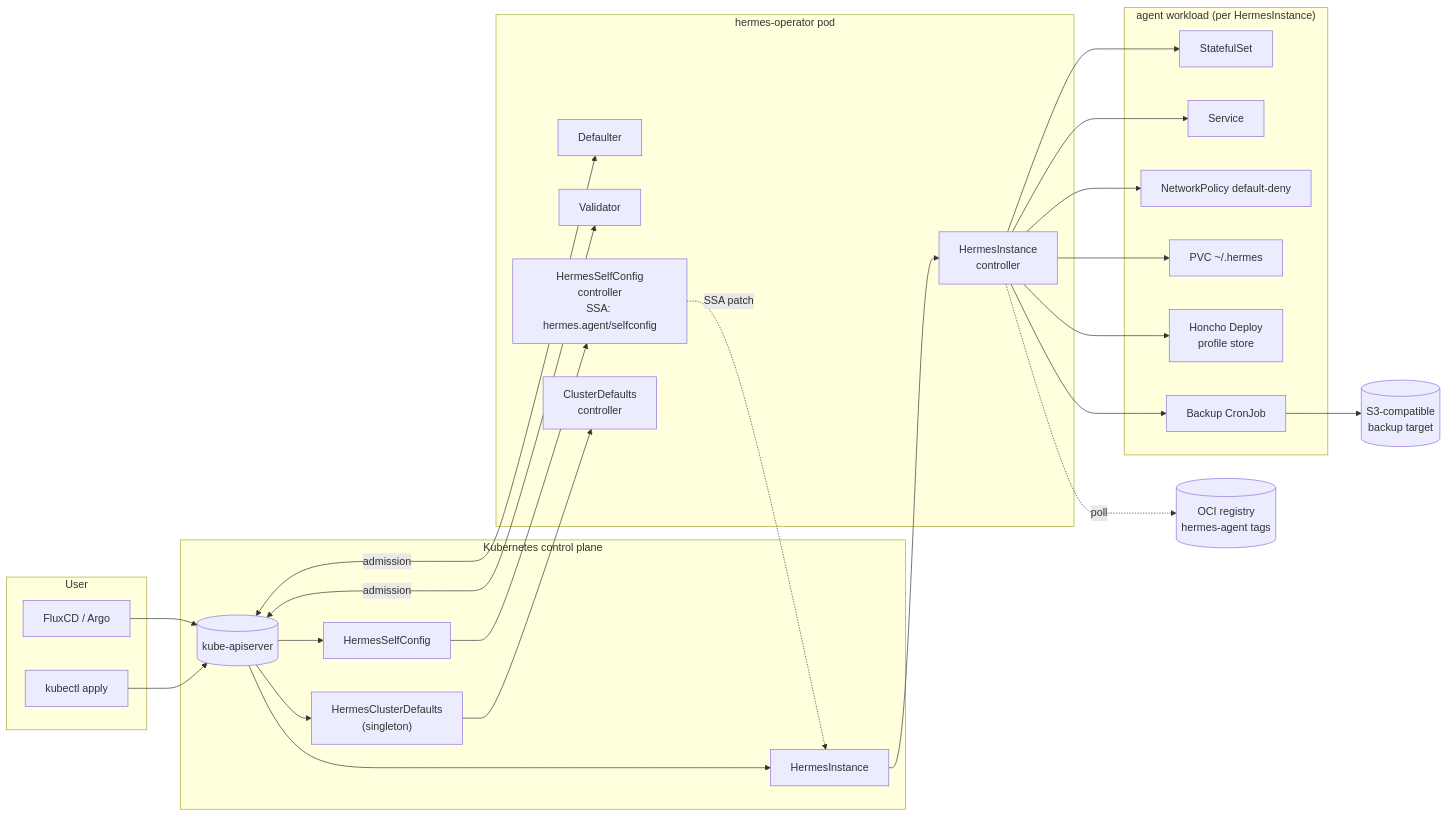
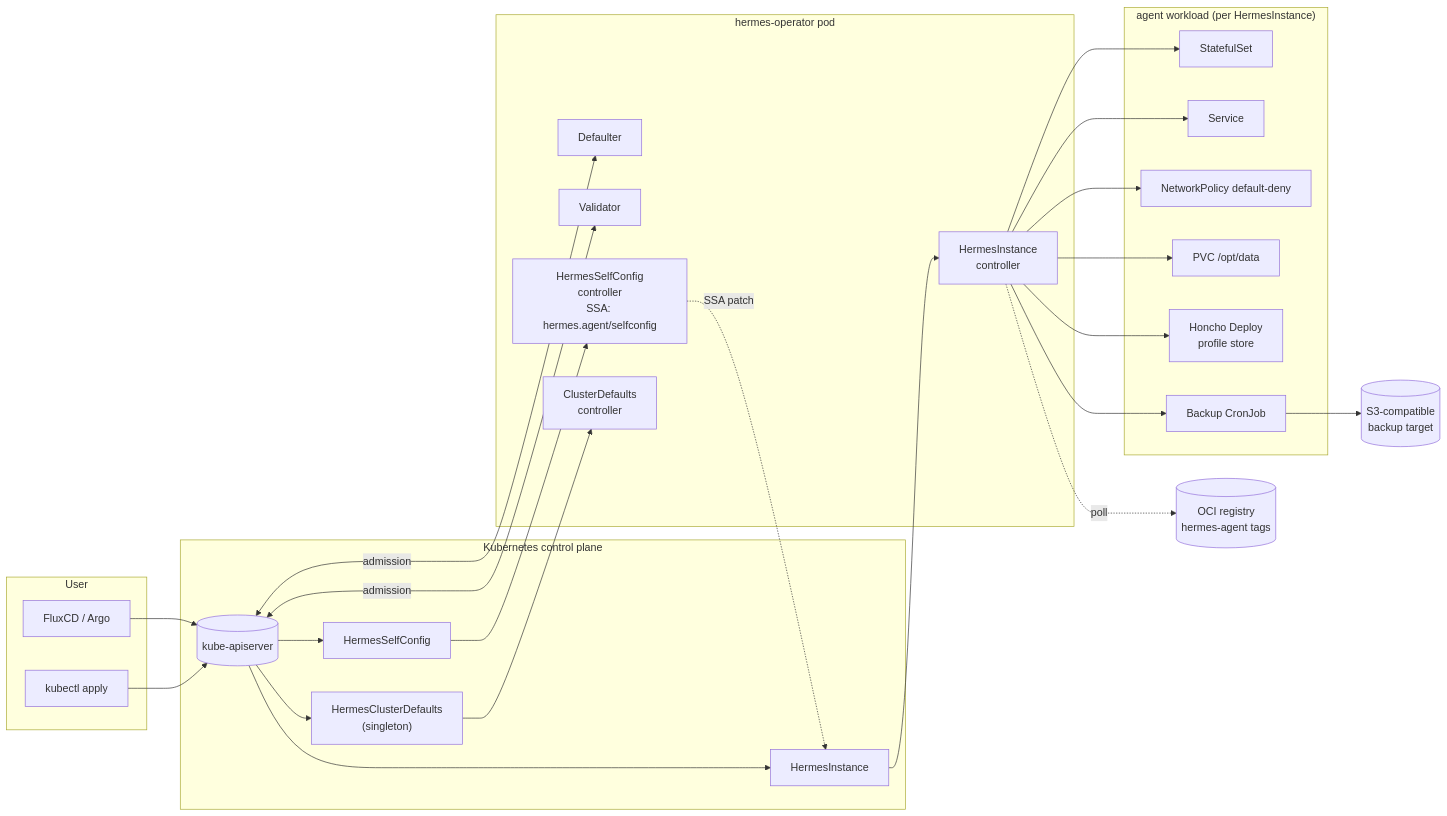
Before and after one commit to paperclipinc/hermes-operator: the diagram in README.md, drawn with Mermaid. The commit also changed other lines of this file and 4 other files, not shown here.

````diff
--- a/README.md
+++ b/README.md
@@ -64,54 +83,54 @@
 ```mermaid
 flowchart LR
   subgraph User
     GitOps[FluxCD / Argo]
     Kubectl[kubectl apply]
   end
 
   subgraph ControlPlane["Kubernetes control plane"]
     APIServer[(kube-apiserver)]
     HInstance["HermesInstance"]
     HSelfConfig["HermesSelfConfig"]
     HClusterDefaults["HermesClusterDefaults<br/>(singleton)"]
   end
 
   subgraph Operator["hermes-operator pod"]
     DefaulterWebhook[Defaulter]
     ValidatorWebhook[Validator]
     InstanceCtrl[HermesInstance<br/>controller]
     SelfConfigCtrl[HermesSelfConfig<br/>controller<br/>SSA: hermes.agent/selfconfig]
     ClusterDefaultsCtrl[ClusterDefaults<br/>controller]
   end
 
   subgraph Workload["agent workload (per HermesInstance)"]
     STS[StatefulSet]
     Svc[Service]
     NetPol[NetworkPolicy default-deny]
-    PVC[PVC ~/.hermes]
+    PVC[PVC /opt/data]
     Honcho[Honcho Deploy<br/>profile store]
     CronJob[Backup CronJob]
   end
 
   S3[(S3-compatible<br/>backup target)]
   OCI[(OCI registry<br/>hermes-agent tags)]
 
   GitOps --> APIServer
   Kubectl --> APIServer
   APIServer <-->|admission| DefaulterWebhook
   APIServer <-->|admission| ValidatorWebhook
   APIServer --> HInstance
   APIServer --> HSelfConfig
   APIServer --> HClusterDefaults
   HInstance --> InstanceCtrl
   HSelfConfig --> SelfConfigCtrl
   HClusterDefaults --> ClusterDefaultsCtrl
   InstanceCtrl --> STS
   InstanceCtrl --> Svc
   InstanceCtrl --> NetPol
   InstanceCtrl --> PVC
   InstanceCtrl --> Honcho
   InstanceCtrl --> CronJob
   SelfConfigCtrl -.SSA patch.-> HInstance
   CronJob --> S3
   InstanceCtrl -.poll.-> OCI
 ```
````
